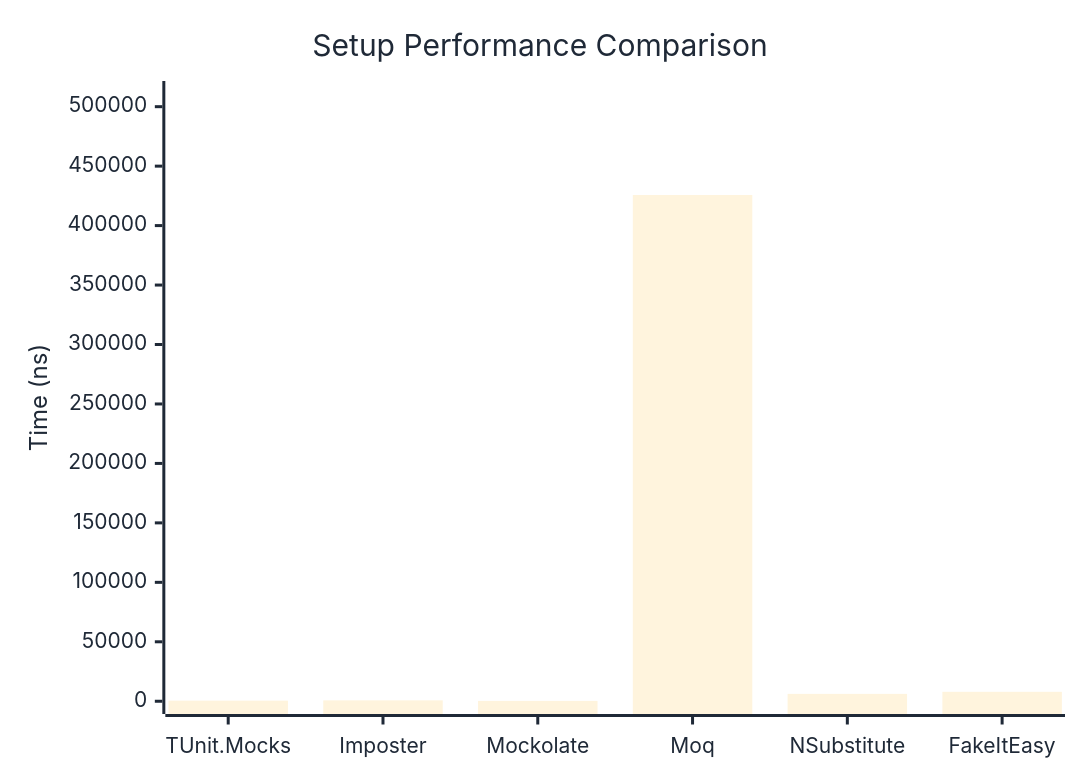
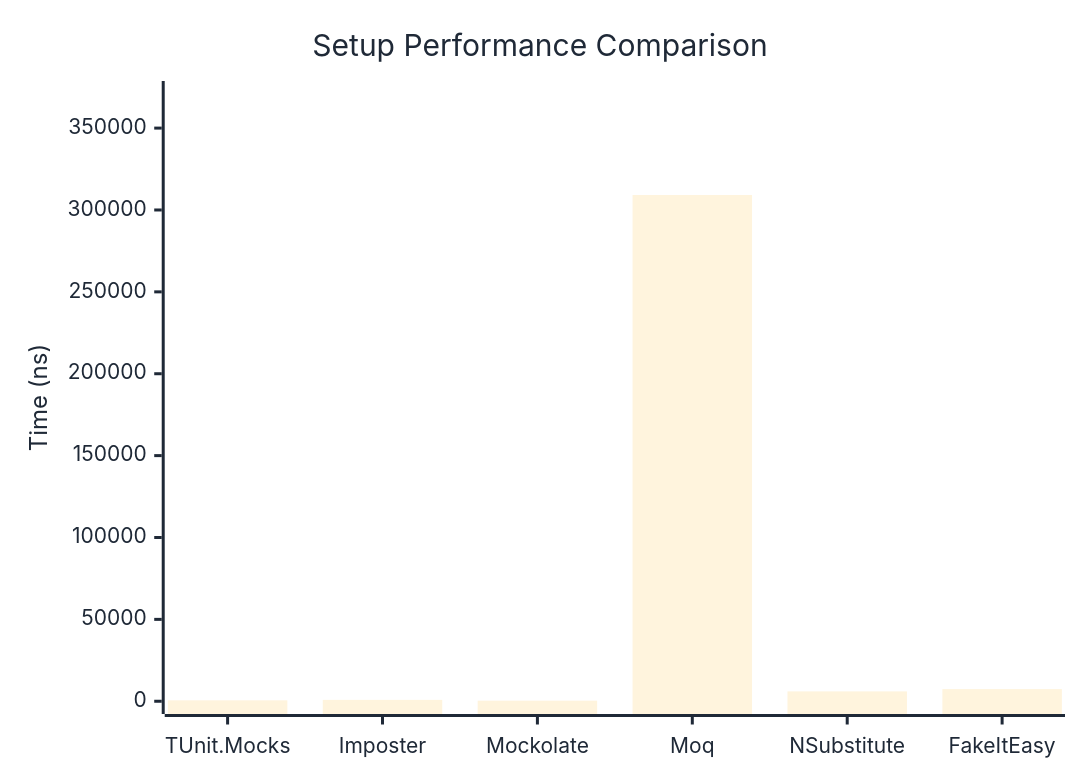
Before and after one commit to thomhurst/TUnit: the first of 2 diagrams in docs/docs/benchmarks/mocks/Setup.md, drawn with Mermaid. The commit also changed other lines of this file and 14 other files, not shown here.

````diff
--- a/docs/docs/benchmarks/mocks/Setup.md
+++ b/docs/docs/benchmarks/mocks/Setup.md
@@ -30,27 +30,27 @@
 ```mermaid
 %%{init: {
   'theme':'base',
   'themeVariables': {
     'primaryColor': '#2563eb',
     'primaryTextColor': '#1f2937',
     'primaryBorderColor': '#1e40af',
     'lineColor': '#6b7280',
     'secondaryColor': '#7c3aed',
     'tertiaryColor': '#dc2626',
     'background': '#ffffff',
     'pie1': '#2563eb',
     'pie2': '#7c3aed',
     'pie3': '#dc2626',
     'pie4': '#f59e0b',
     'pie5': '#10b981',
     'pie6': '#06b6d4',
     'pie7': '#ec4899',
     'pie8': '#6366f1'
   }
 }}%%
 xychart-beta
   title "Setup Performance Comparison"
   x-axis ["TUnit.Mocks", "Imposter", "Mockolate", "Moq", "NSubstitute", "FakeItEasy"]
-  y-axis "Time (ns)" 0 --> 510877
-  bar [499.6, 743.5, 293.4, 425730.6, 6194.8, 7938.8]
+  y-axis "Time (ns)" 0 --> 370978
+  bar [564.5, 843.8, 355.3, 309148.1, 6016.9, 7421.2]
 ```
````
